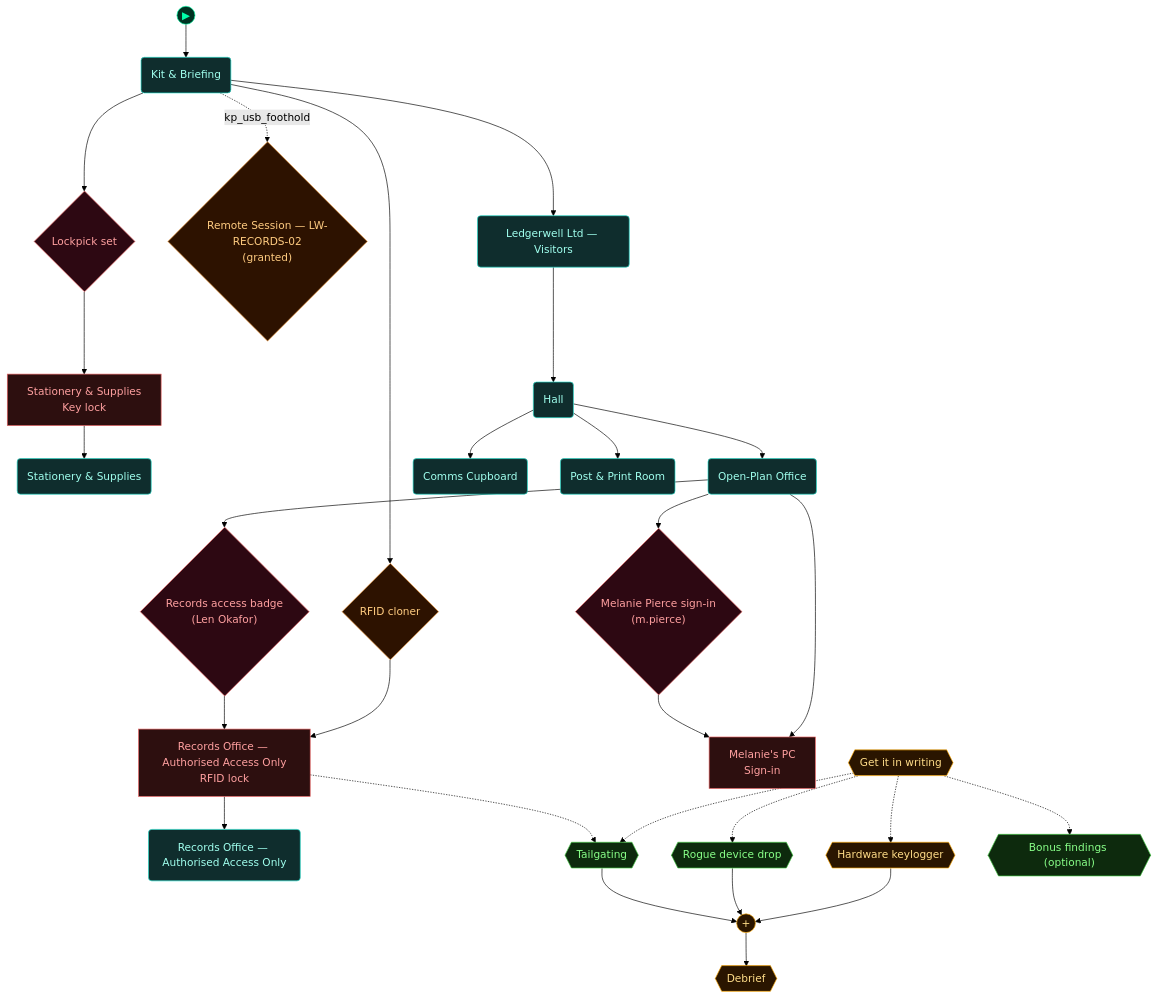
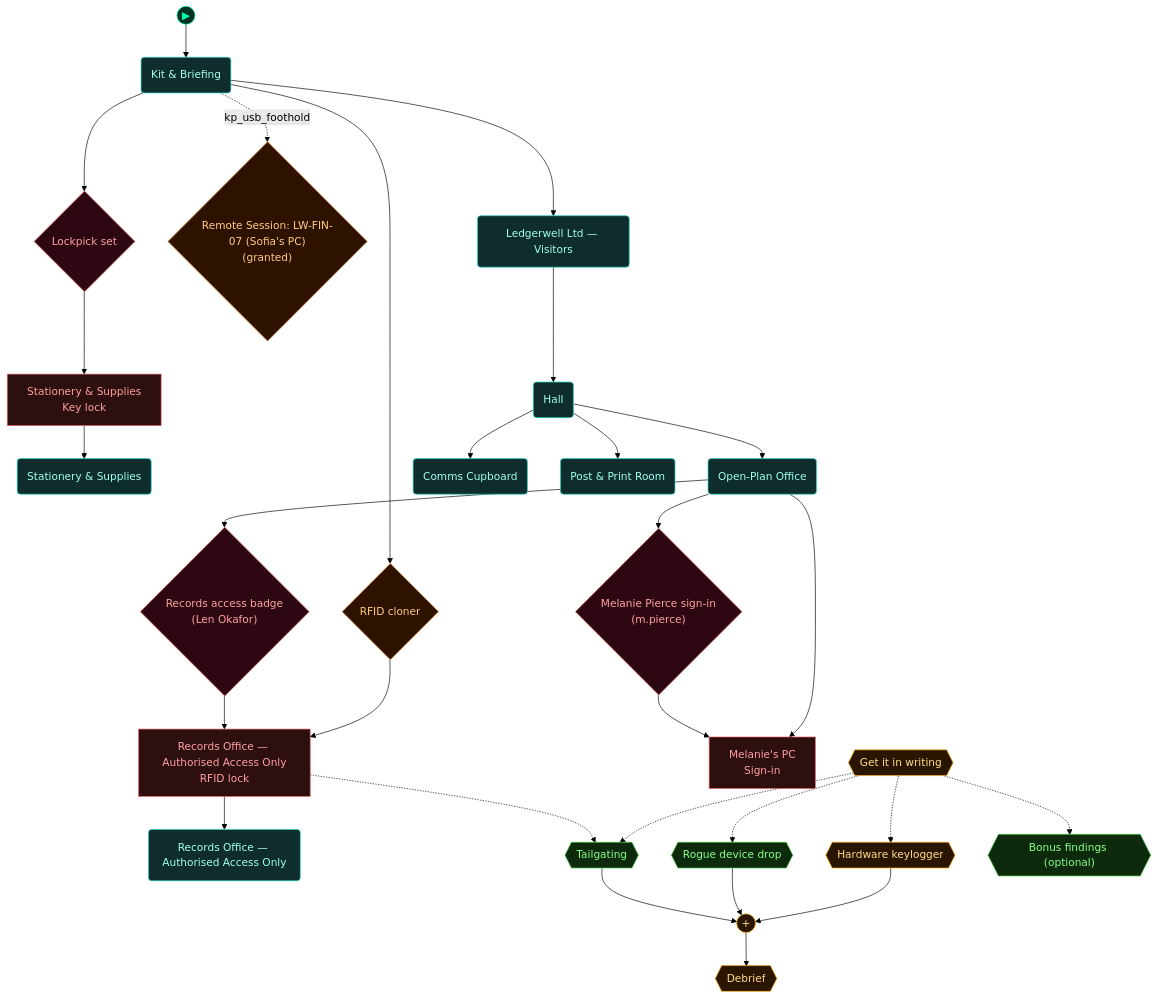
Before and after one commit to cliffe/BreakEscape: the third of 5 diagrams in scenarios/lab_physical_pentest/dungeon_graph.md, drawn with Mermaid (forest theme). The commit also changed other lines of this file and 8 other files, not shown here.

````diff
--- a/scenarios/lab_physical_pentest/dungeon_graph.md
+++ b/scenarios/lab_physical_pentest/dungeon_graph.md
@@ -161,80 +161,80 @@
 ```mermaid
 flowchart TD
 
   classDef room      fill:#0f2d2d,stroke:#22ddcc,color:#a0ffee
   classDef lock      fill:#2d0f0f,stroke:#e66060,color:#ffa0a0
   classDef key       fill:#2d0812,stroke:#e66060,color:#ffa0a0
   classDef item      fill:#2d1200,stroke:#e89030,color:#ffcc80
   classDef gate      fill:#111,stroke:#666,color:#eee
   classDef vm        fill:#0c1f40,stroke:#4a90d9,color:#a0c8ff
   classDef flag      fill:#1a0c2d,stroke:#9060d0,color:#cc99ff
   classDef action    fill:#1a1200,stroke:#cc9922,color:#ffee88
   classDef aim       fill:#0d2a0d,stroke:#44cc44,color:#88ff88
   classDef aim_gate  fill:#111111,stroke:#44cc44,color:#44cc44
   classDef container fill:#1a2d1a,stroke:#60b060,color:#a0e0a0
   classDef npc       fill:#2d1f0d,stroke:#d0a050,color:#ffe0a0
   classDef critical  fill:#2a1500,stroke:#ffaa00,color:#ffdd88
   classDef start     fill:#003322,stroke:#00ffaa,color:#00ffaa
 
   node_start(("▶"))
   node_start --> briefing_room
 
   door_secure_area["Records Office — Authorised Access Only<br/>RFID lock"]
   secure_area("Records Office — Authorised Access Only")
   door_store_room["Stationery & Supplies<br/>Key lock"]
   store_room("Stationery & Supplies")
   briefing_room("Kit & Briefing")
   rfid_cloner{"RFID cloner"}
   lockpick_set{"Lockpick set"}
   lock_staff_pc_2["Melanie's PC<br/>Sign-in"]
-  grant_records_remote_session{"Remote Session — LW-RECORDS-02<br/>(granted)"}
+  grant_records_remote_session{"Remote Session: LW-FIN-07 (Sofia's PC)<br/>(granted)"}
   card_cm_records_badge{"Records access badge<br/>(Len Okafor)"}
   open_plan("Open-Plan Office")
   signin_pierce{"Melanie Pierce sign-in<br/>(m.pierce)"}
   reception("Ledgerwell Ltd — Visitors")
   hall("Hall")
   P3("Comms Cupboard")
   P1("Post & Print Room")
   aim_authorise{{"Get it in writing"}}
   aim_keylogger{{"Hardware keylogger"}}
   aim_usb{{"Rogue device drop"}}
   aim_tailgate{{"Tailgating"}}
   aim_bonus_beats{{"Bonus findings (optional)"}}
   aim_debrief{{"Debrief"}}
   aim_andgate_debrief((" + "))
 
   door_secure_area --> secure_area
   door_store_room --> store_room
   briefing_room --> rfid_cloner
   rfid_cloner --> door_secure_area
   briefing_room --> lockpick_set
   lockpick_set --> door_store_room
   open_plan --> lock_staff_pc_2
   briefing_room -.->|kp_usb_foothold| grant_records_remote_session
   open_plan --> card_cm_records_badge
   card_cm_records_badge --> door_secure_area
   open_plan --> signin_pierce
   signin_pierce --> lock_staff_pc_2
   briefing_room --> reception
   reception --> hall
   hall --> open_plan
   hall --> P3
   hall --> P1
   aim_authorise -.-> aim_keylogger
   aim_authorise -.-> aim_usb
   aim_authorise -.-> aim_tailgate
   aim_authorise -.-> aim_bonus_beats
   aim_keylogger --> aim_andgate_debrief
   aim_usb --> aim_andgate_debrief
   aim_tailgate --> aim_andgate_debrief
   aim_andgate_debrief --> aim_debrief
   door_secure_area -.-> aim_tailgate
 
   class door_secure_area,door_store_room,lock_staff_pc_2 lock
   class secure_area,store_room,briefing_room,open_plan,reception,hall,P3,P1 room
   class rfid_cloner,grant_records_remote_session item
   class lockpick_set,card_cm_records_badge,signin_pierce key
   class aim_authorise,aim_keylogger,aim_debrief,aim_andgate_debrief critical
   class aim_usb,aim_tailgate,aim_bonus_beats aim
   class node_start start
 ```
````
